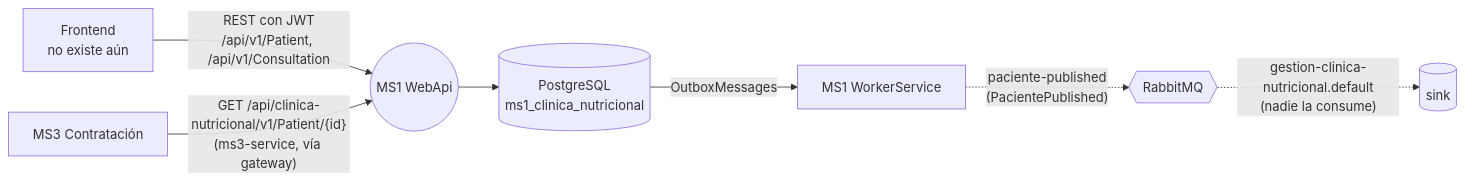
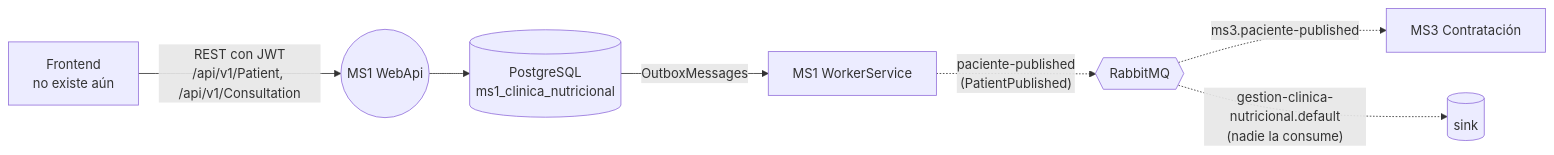
Before and after one commit to Nur-tricenter/knowledge: the diagram in services/ms1-clinic/README.md, drawn with Mermaid. The commit also changed other lines of this file and 43 other files, not shown here.

````diff
--- a/services/ms1-clinic/README.md
+++ b/services/ms1-clinic/README.md
@@ -34,9 +34,9 @@
 ```mermaid
 flowchart LR
   FE[Frontend<br/>no existe aún] -- "REST con JWT<br/>/api/v1/Patient, /api/v1/Consultation" --> API((MS1 WebApi))
   API --> DB[(PostgreSQL<br/>ms1_clinica_nutricional)]
   DB -- "OutboxMessages" --> W[MS1 WorkerService]
-  W -. "paciente-published<br/>(PacientePublished)" .-> X{{RabbitMQ}}
+  W -. "paciente-published<br/>(PatientPublished)" .-> X{{RabbitMQ}}
+  X -. "ms3.paciente-published" .-> MS3[MS3 Contratación]
   X -. "gestion-clinica-nutricional.default<br/>(nadie la consume)" .-> SINK[(sink)]
-  MS3[MS3 Contratación] -- "GET /api/clinica-nutricional/v1/Patient/{id}<br/>(ms3-service, vía gateway)" --> API
 ```
````
